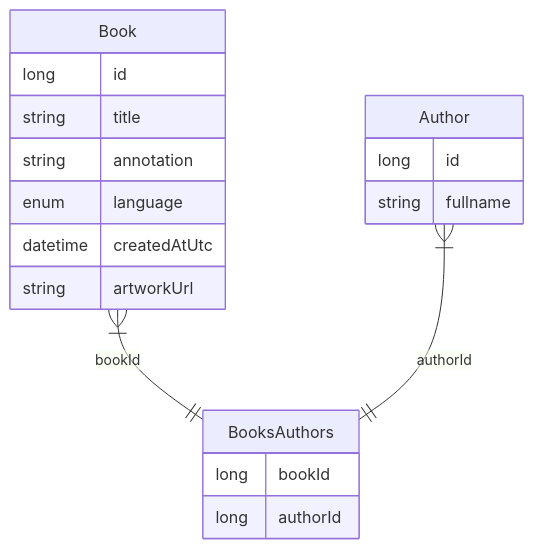
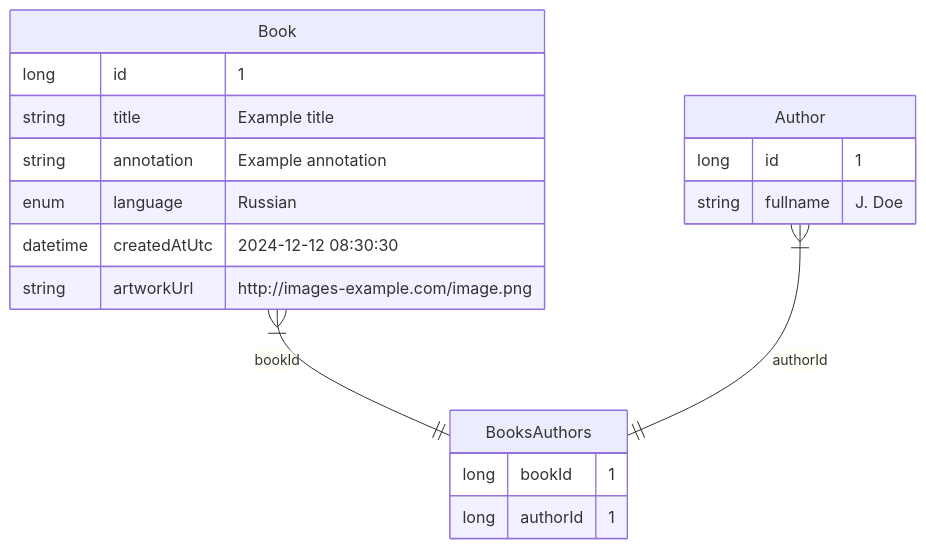
The diagram in README.md (TourmalineCore/inner-circle-books-api), drawn with Mermaid before and after one commit.

Commit message:
chore: add example values to db scheme

````diff
--- a/README.md
+++ b/README.md
@@ -4,21 +4,21 @@
 ```mermaid
 erDiagram
 Book{
-  long id
-  string title
-  string annotation
-  enum language
-  datetime createdAtUtc
-  string artworkUrl
+  long id "1"
+  string title "Example title" 
+  string annotation "Example annotation"
+  enum language "Russian"
+  datetime createdAtUtc "2024-12-12 08:30:30"
+  string artworkUrl "http://images-example.com/image.png"
 }
 Author{
-  long id
-  string fullname
+  long id "1"
+  string fullname "J. Doe"
 }
 BooksAuthors{
-    long bookId
-    long authorId
+    long bookId "1"
+    long authorId "1"
 }
 Book }|--|| BooksAuthors: bookId
 Author }|--|| BooksAuthors: authorId
 ```
````
